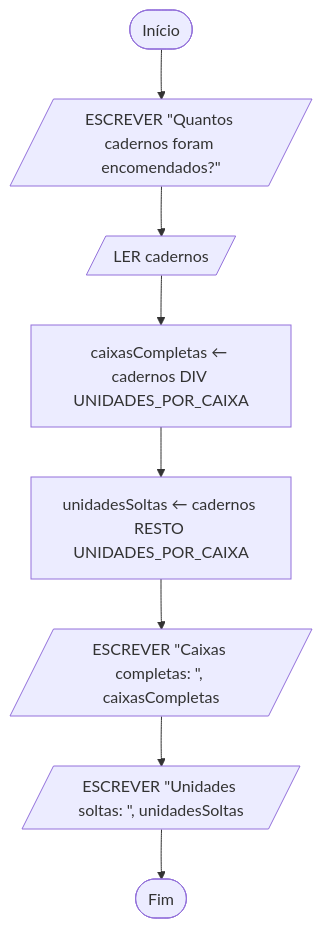
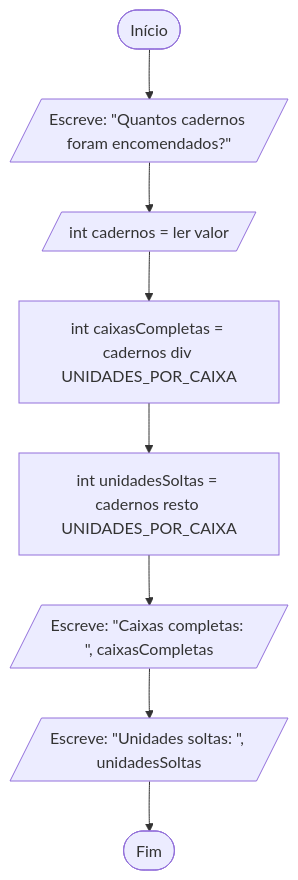
One commit to NunoMACastro/epms-2627-1ig-lp changed the diagram in 01-algoritmos/02-pseudocodigo-e-fluxogramas.md. Above: the diagram before and after it, drawn with Mermaid. The commit also changed other lines of this file and 10 other files, not shown here.

````diff
--- a/01-algoritmos/02-pseudocodigo-e-fluxogramas.md
+++ b/01-algoritmos/02-pseudocodigo-e-fluxogramas.md
@@ -547,10 +638,10 @@
 ```mermaid
 flowchart TD
-    A([Início]) --> B[/"ESCREVER #quot;Quantos cadernos foram encomendados?#quot;"/]
-    B --> C[/LER cadernos/]
-    C --> D["caixasCompletas ← cadernos DIV UNIDADES_POR_CAIXA"]
-    D --> E["unidadesSoltas ← cadernos RESTO UNIDADES_POR_CAIXA"]
-    E --> F[/"ESCREVER #quot;Caixas completas: #quot;, caixasCompletas"/]
-    F --> G[/"ESCREVER #quot;Unidades soltas: #quot;, unidadesSoltas"/]
+    A([Início]) --> B[/"Escreve: #quot;Quantos cadernos foram encomendados?#quot;"/]
+    B --> C[/"int cadernos = ler valor"/]
+    C --> D["int caixasCompletas = cadernos div UNIDADES_POR_CAIXA"]
+    D --> E["int unidadesSoltas = cadernos resto UNIDADES_POR_CAIXA"]
+    E --> F[/"Escreve: #quot;Caixas completas: #quot;, caixasCompletas"/]
+    F --> G[/"Escreve: #quot;Unidades soltas: #quot;, unidadesSoltas"/]
     G --> Z([Fim])
 ```
````
